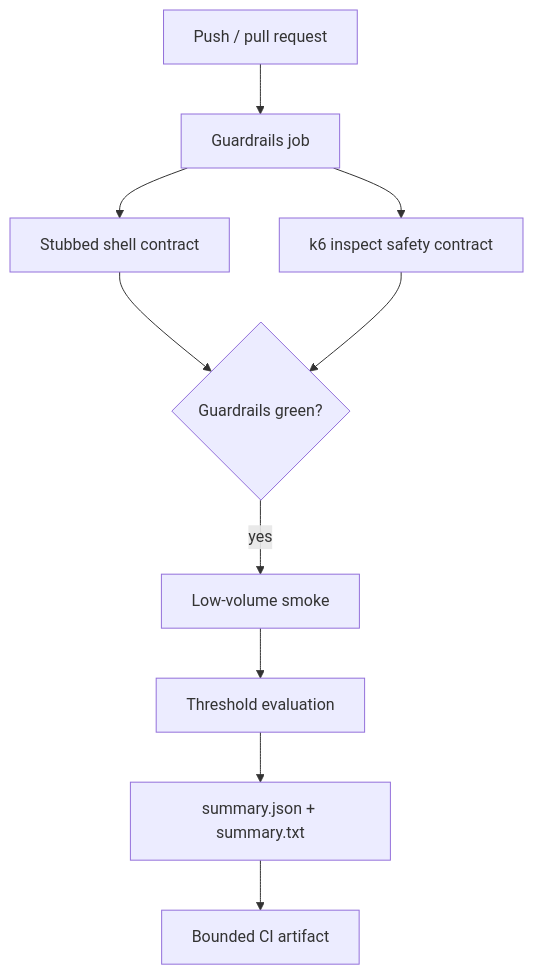
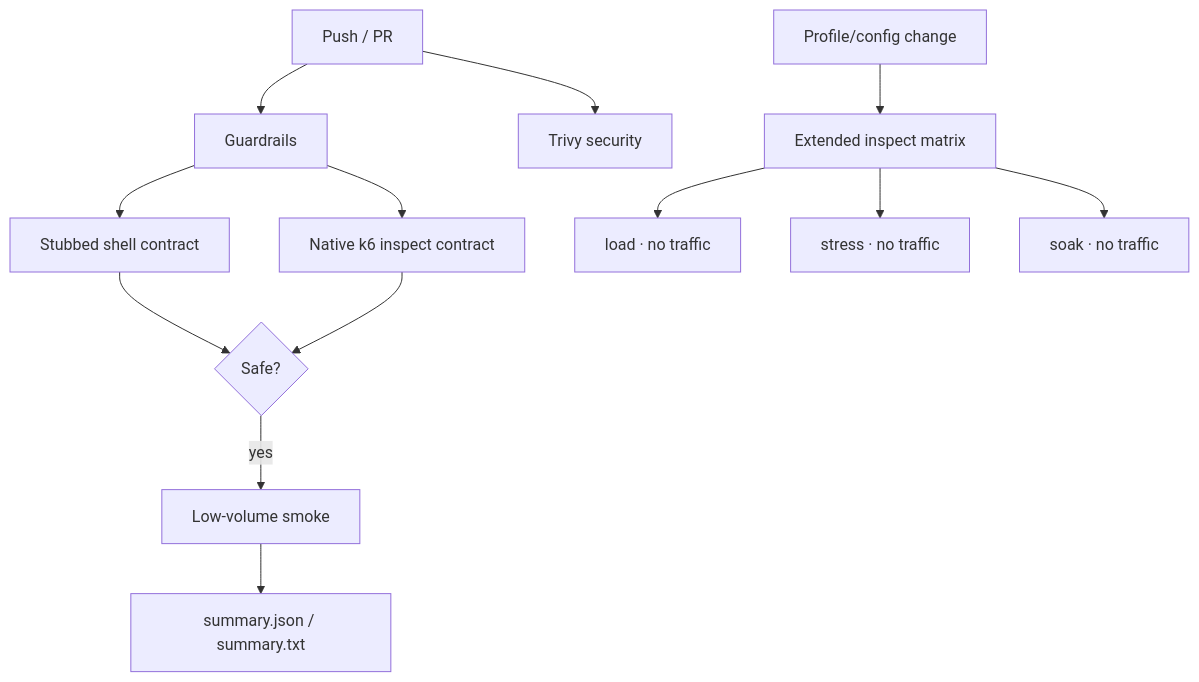
Before and after one commit to portyu9/qa-automation-load-k6: the third of 3 diagrams in README.md, drawn with Mermaid. The commit also changed other lines of this file and 4 other files, not shown here.

````diff
--- a/README.md
+++ b/README.md
@@ -259,12 +339,16 @@
 ```mermaid
 flowchart TD
-    PR[Push / pull request] --> G[Guardrails job]
-    G --> SH[Stubbed shell contract]
-    G --> KI[k6 inspect safety contract]
-    SH --> OK{Guardrails green?}
-    KI --> OK
-    OK -->|yes| S[Low-volume smoke]
-    S --> TH[Threshold evaluation]
-    TH --> REP[summary.json + summary.txt]
-    REP --> ART[Bounded CI artifact]
+    PR[Push / PR] --> G[Guardrails]
+    G --> SHELL[Stubbed shell contract]
+    G --> INSPECT[Native k6 inspect contract]
+    SHELL --> OK{Safe?}
+    INSPECT --> OK
+    OK -->|yes| SMOKE[Low-volume smoke]
+    SMOKE --> SUM[summary.json / summary.txt]
+
+    PR --> SEC[Trivy security]
+    PROFILECHANGE[Profile/config change] --> EXT[Extended inspect matrix]
+    EXT --> L[load · no traffic]
+    EXT --> ST[stress · no traffic]
+    EXT --> SO[soak · no traffic]
 ```
````
